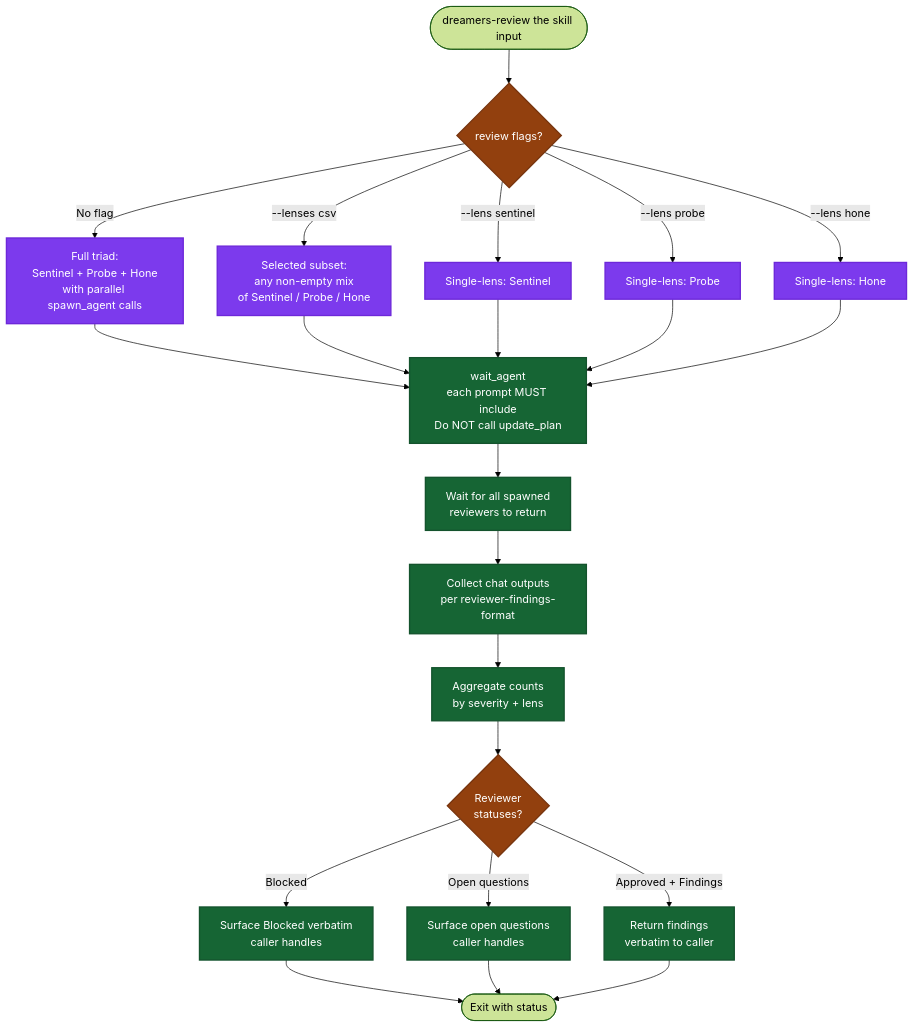
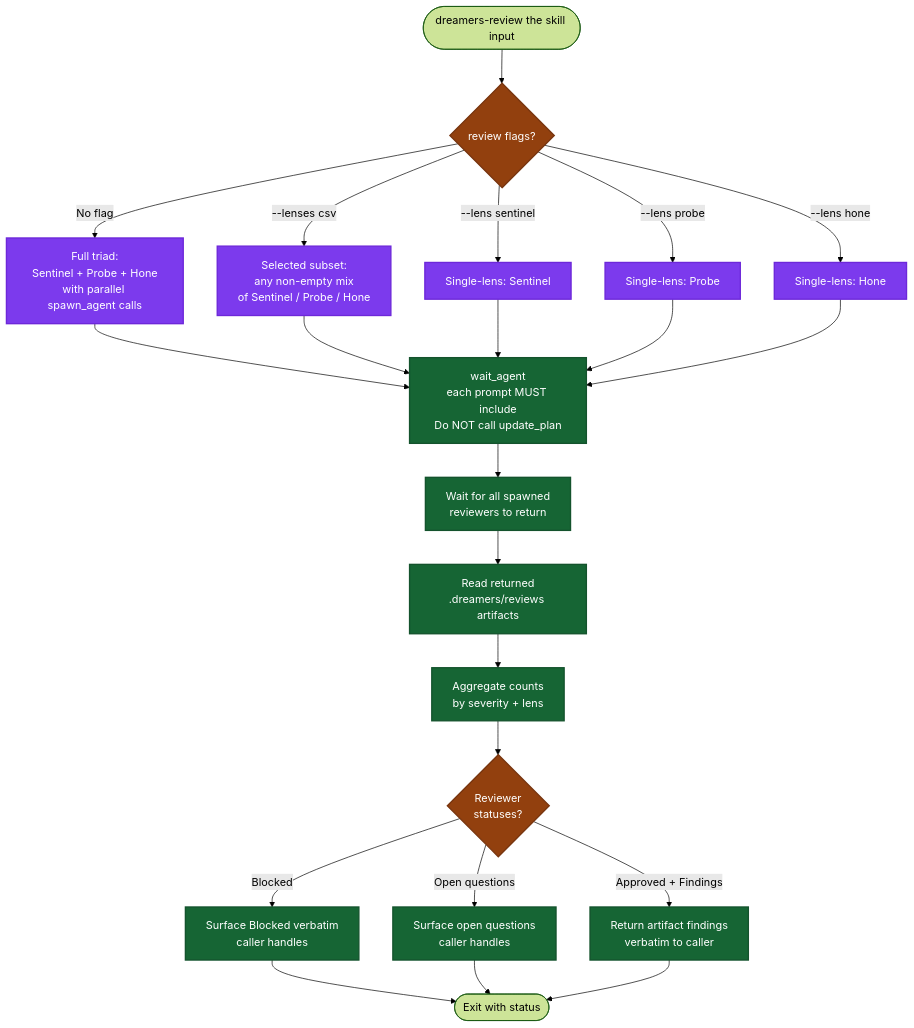
One commit to mrStorrs/dreamers-codex changed the diagram in skills/dreamers-review/readme.md. Above: the diagram before and after it, drawn with Mermaid (forest theme). The commit also changed other lines of this file and 23 other files, not shown here.

Commit message:
feat: add reviewer artifact handoffs

````diff
--- a/skills/dreamers-review/readme.md
+++ b/skills/dreamers-review/readme.md
@@ -5,37 +5,37 @@
 ```mermaid
 flowchart TD
     Start(["dreamers-review the skill input"]) --> ModeCheck{"review flags?"}
 
     ModeCheck -->|No flag| Triad["Full triad:<br/>Sentinel + Probe + Hone<br/>with parallel spawn_agent calls"]
     ModeCheck -->|--lenses csv| Selected["Selected subset:<br/>any non-empty mix<br/>of Sentinel / Probe / Hone"]
     ModeCheck -->|--lens sentinel| LensS["Single-lens: Sentinel"]
     ModeCheck -->|--lens probe| LensP["Single-lens: Probe"]
     ModeCheck -->|--lens hone| LensH["Single-lens: Hone"]
 
     Triad --> Spawn["wait_agent<br/>each prompt MUST include<br/>Do NOT call update_plan"]
     Selected --> Spawn
     LensS --> Spawn
     LensP --> Spawn
     LensH --> Spawn
 
     Spawn --> Wait["Wait for all spawned<br/>reviewers to return"]
-    Wait --> Collect["Collect chat outputs<br/>per reviewer-findings-format"]
+    Wait --> Collect["Read returned<br/>.dreamers/reviews artifacts"]
     Collect --> Aggregate["Aggregate counts<br/>by severity + lens"]
     Aggregate --> CheckStatus{"Reviewer<br/>statuses?"}
 
     CheckStatus -->|Blocked| Surface1["Surface Blocked verbatim<br/>caller handles"]
     CheckStatus -->|Open questions| Surface2["Surface open questions<br/>caller handles"]
-    CheckStatus -->|Approved + Findings| Report["Return findings<br/>verbatim to caller"]
+    CheckStatus -->|Approved + Findings| Report["Return artifact findings<br/>verbatim to caller"]
 
     Surface1 --> End(["Exit with status"])
     Surface2 --> End
     Report --> End
 
     classDef gate fill:#92400e,stroke:#78350f,stroke-width:2px,color:#fff
     classDef phase fill:#166534,stroke:#14532d,stroke-width:2px,color:#fff
     classDef agent fill:#7c3aed,stroke:#6d28d9,stroke-width:2px,color:#fff
 
     class ModeCheck,CheckStatus gate
     class Triad,Selected,LensS,LensP,LensH agent
     class Spawn,Wait,Collect,Aggregate,Surface1,Surface2,Report phase
 ```
````
